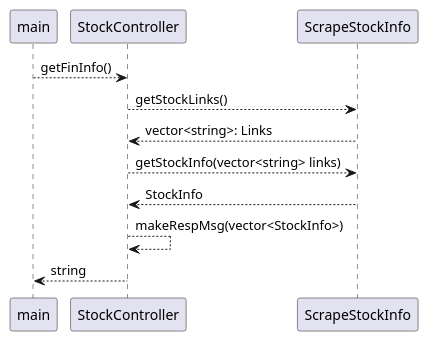
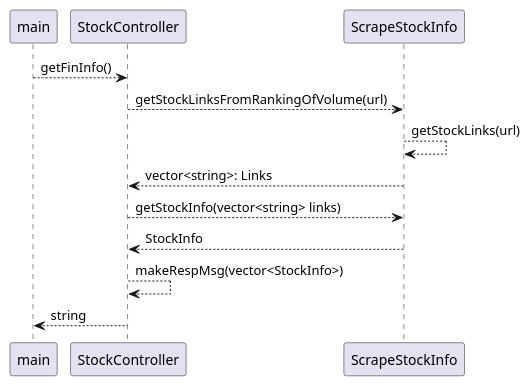
One commit to N2mR/getFinInfo changed the diagram in sequence.pu. Above: the diagram before and after it, drawn with PlantUML. The commit also changed 2 other files, not shown here.

```diff
--- a/sequence.pu
+++ b/sequence.pu
@@ -1,11 +1,12 @@
 @startuml
 
 main --> StockController: getFinInfo()
-    StockController --> ScrapeStockInfo: getStockLinks()
+    StockController --> ScrapeStockInfo: getStockLinksFromRankingOfVolume(url)
+    ScrapeStockInfo --> ScrapeStockInfo: getStockLinks(url)
     ScrapeStockInfo --> StockController: vector<string>: Links
     StockController --> ScrapeStockInfo: getStockInfo(vector<string> links)
     ScrapeStockInfo --> StockController: StockInfo
     StockController --> StockController: makeRespMsg(vector<StockInfo>)
 StockController --> main: string
 
 @enduml
```
